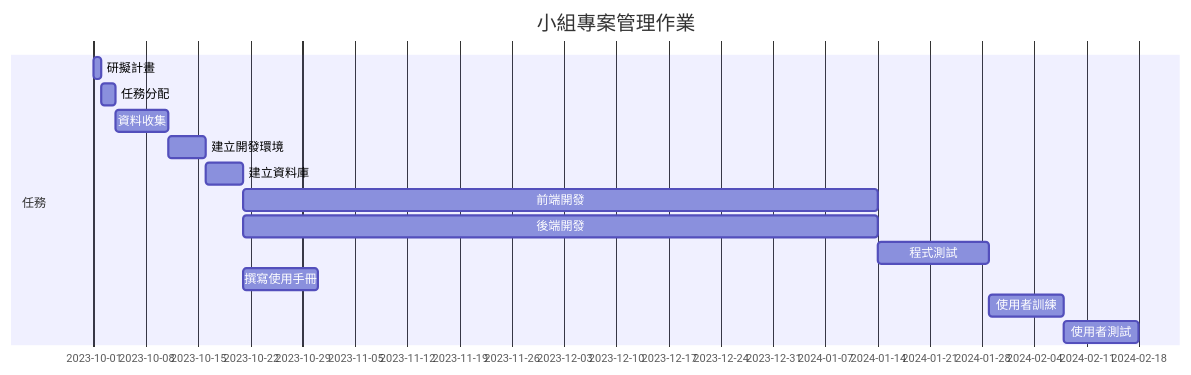
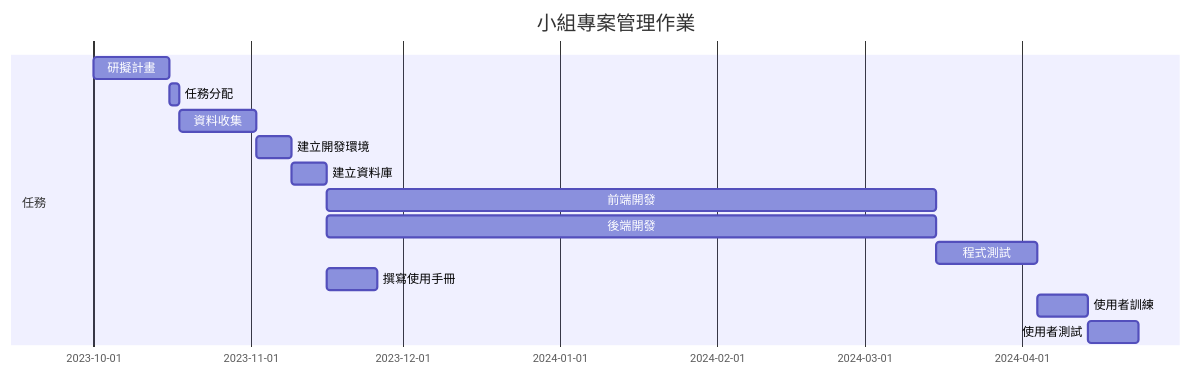
The diagram in group-hw2.md (Xuan730/T5), drawn with Mermaid before and after one commit.

````diff
--- a/group-hw2.md
+++ b/group-hw2.md
@@ -7,17 +7,17 @@
 ```mermaid
 gantt
     title 小組專案管理作業
 
     section 任務
-    研擬計畫 :a1, 2023-10-01, 1d
+    研擬計畫 :a1, 2023-10-01, 15d
     任務分配 :a2, after a1, 2d
-    資料收集 :a3, after a2 , 7d
-    建立開發環境 :a4, after a3, 5d
-    建立資料庫 :a5, after a4, 5d
-    前端開發:a6,after a5, 85d
-    後端開發:a7, after a5, 85d
-    程式測試 :a8, after a6、a7, 15d
+    資料收集 :a3, after a2 , 15d
+    建立開發環境 :a4, after a3, 7d
+    建立資料庫 :a5, after a4, 7d
+    前端開發:a6,after a5, 120d
+    後端開發:a7, after a5, 120d
+    程式測試 :a8, after a6、a7, 20d
     撰寫使用手冊 :a9, after a5, 10d
     使用者訓練 :a10, after a8, 10d
     使用者測試 : a11, after a10, 10d
 ```
````
